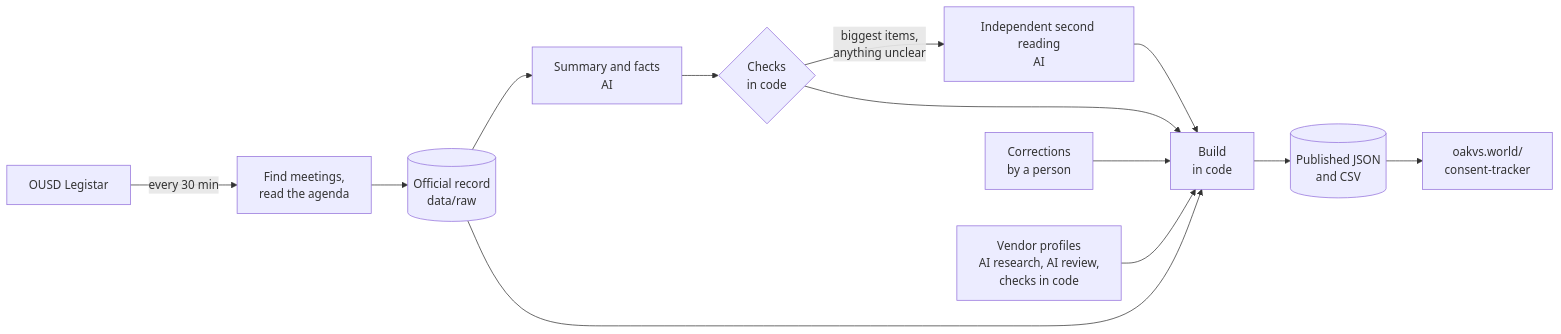
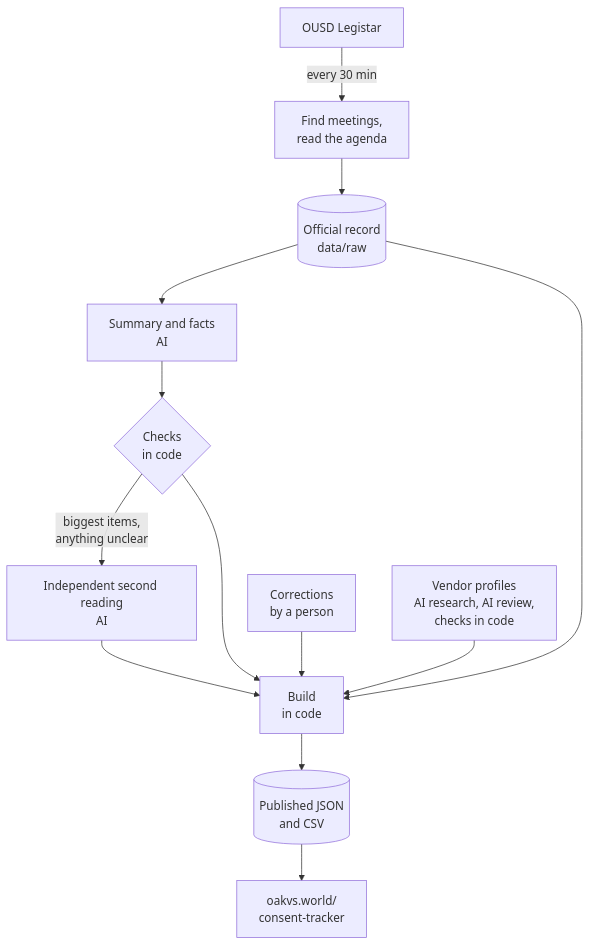
Before and after one commit to oakvs/ousd-consent-data: the diagram in README.md, drawn with Mermaid.

Commit message:
README: draw the pipeline diagram top to bottom
Laid out left to right, the 10-step diagram shrank to an unreadable size
on GitHub's README width.

````diff
--- a/README.md
+++ b/README.md
@@ -37,15 +37,15 @@
 ```mermaid
-flowchart LR
+flowchart TD
   L[OUSD Legistar] -->|every 30 min| I[Find meetings,<br/>read the agenda]
   I --> R[(Official record<br/>data/raw)]
   R --> E[Summary and facts<br/>AI]
   E --> C{Checks<br/>in code}
   C -->|biggest items,<br/>anything unclear| V[Independent second reading<br/>AI]
   V --> B
   C --> B[Build<br/>in code]
   H[Corrections<br/>by a person] --> B
   VP[Vendor profiles<br/>AI research, AI review,<br/>checks in code] --> B
   R --> B
   B --> P[(Published JSON<br/>and CSV)]
   P --> S[oakvs.world/<br/>consent-tracker]
 ```
````
